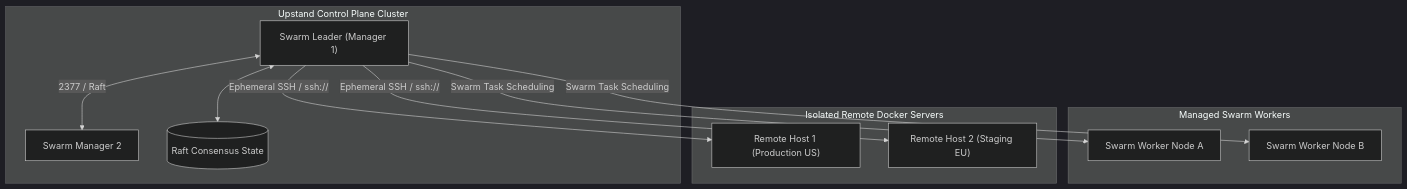
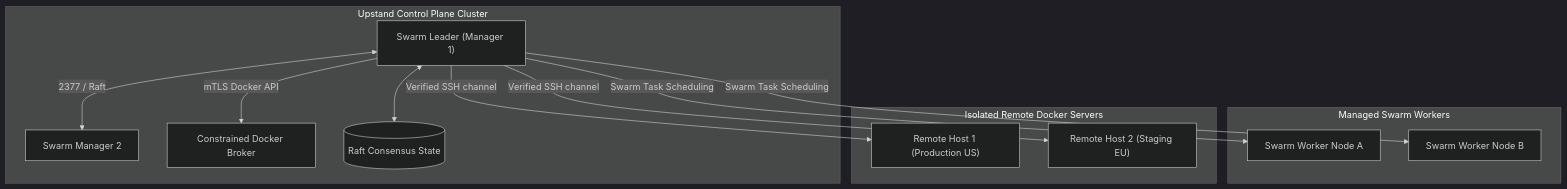
Before and after one commit to UpstandPlatform/upstand: the first of 2 diagrams in apps/fumadocs/content/docs/features/servers.mdx, drawn with Mermaid (dark theme). The commit also changed other lines of this file and 16 other files, not shown here.

````diff
--- a/apps/fumadocs/content/docs/features/servers.mdx
+++ b/apps/fumadocs/content/docs/features/servers.mdx
@@ -12,24 +16,26 @@
 ```mermaid
 flowchart TD
     subgraph ControlPlane["Upstand Control Plane Cluster"]
         Manager1["Swarm Leader (Manager 1)"]
         Manager2["Swarm Manager 2"]
+        Broker["Constrained Docker Broker"]
         Raft[("Raft Consensus State")]
         Manager1 <-->|2377 / Raft| Manager2
         Manager1 <--> Raft
+        Manager1 -->|mTLS Docker API| Broker
     end
 
     subgraph SwarmWorkers["Managed Swarm Workers"]
         Worker1["Swarm Worker Node A"]
         Worker2["Swarm Worker Node B"]
         Manager1 -->|Swarm Task Scheduling| Worker1
         Manager1 -->|Swarm Task Scheduling| Worker2
     end
 
     subgraph RemoteHosts["Isolated Remote Docker Servers"]
         Remote1["Remote Host 1 (Production US)"]
         Remote2["Remote Host 2 (Staging EU)"]
-        Manager1 -->|Ephemeral SSH / ssh://| Remote1
-        Manager1 -->|Ephemeral SSH / ssh://| Remote2
+        Manager1 -->|Verified SSH channel| Remote1
+        Manager1 -->|Verified SSH channel| Remote2
     end
 ```
````
